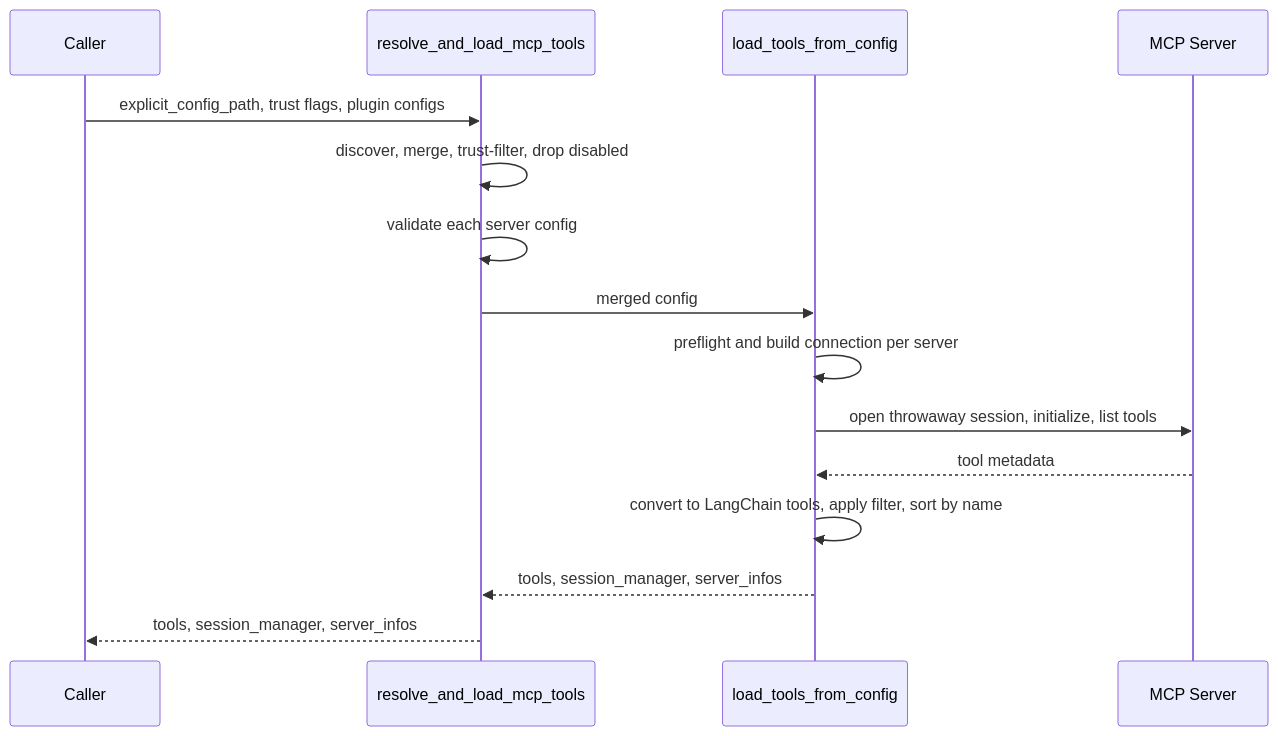
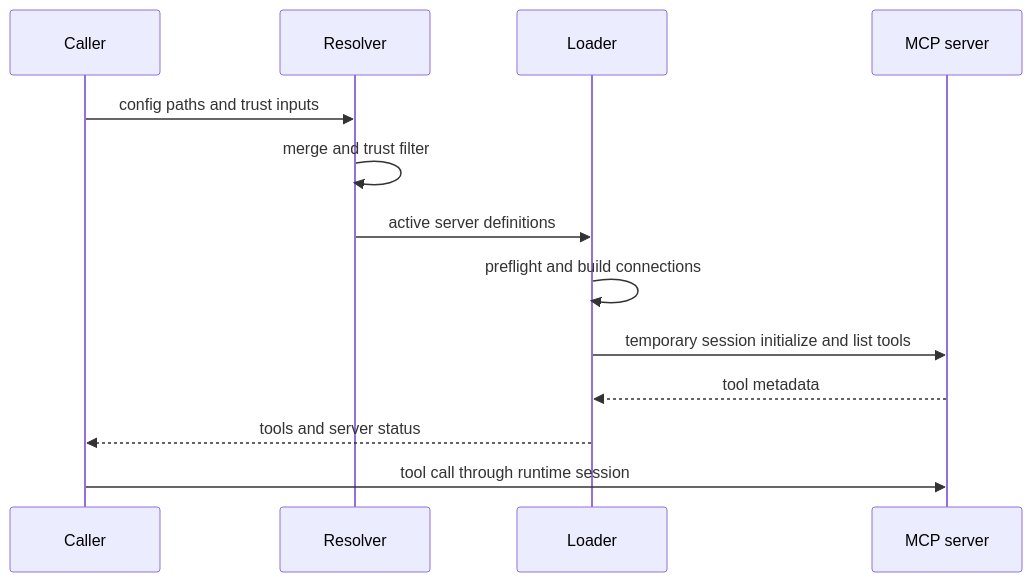
The first of 2 diagrams in openwiki/integrations/mcp.md (langchain-ai/deepagents), drawn with Mermaid before and after one commit. The commit also changed other lines of this file and 63 other files, not shown here.

````diff
--- a/openwiki/integrations/mcp.md
+++ b/openwiki/integrations/mcp.md
@@ -106,17 +167,15 @@
 ```mermaid
 sequenceDiagram
     participant Caller
-    participant Loader as resolve_and_load_mcp_tools
-    participant LTC as load_tools_from_config
-    participant Server as MCP Server
-    Caller->>Loader: explicit_config_path, trust flags, plugin configs
-    Loader->>Loader: discover, merge, trust-filter, drop disabled
-    Loader->>Loader: validate each server config
-    Loader->>LTC: merged config
-    LTC->>LTC: preflight and build connection per server
-    LTC->>Server: open throwaway session, initialize, list tools
-    Server-->>LTC: tool metadata
-    LTC->>LTC: convert to LangChain tools, apply filter, sort by name
-    LTC-->>Loader: tools, session_manager, server_infos
-    Loader-->>Caller: tools, session_manager, server_infos
+    participant Resolver
+    participant Loader
+    participant Remote as MCP server
+    Caller->>Resolver: config paths and trust inputs
+    Resolver->>Resolver: merge and trust filter
+    Resolver->>Loader: active server definitions
+    Loader->>Loader: preflight and build connections
+    Loader->>Remote: temporary session initialize and list tools
+    Remote-->>Loader: tool metadata
+    Loader-->>Caller: tools and server status
+    Caller->>Remote: tool call through runtime session
 ```
````
